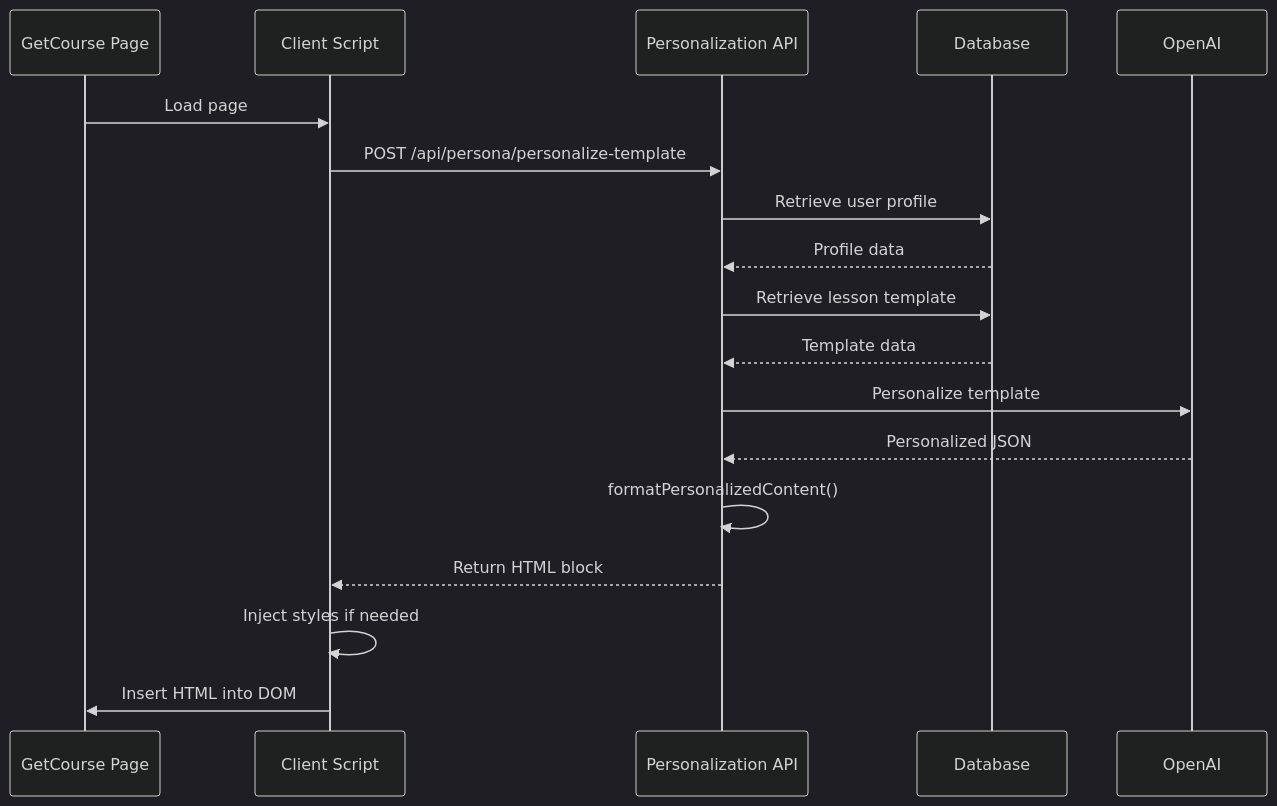
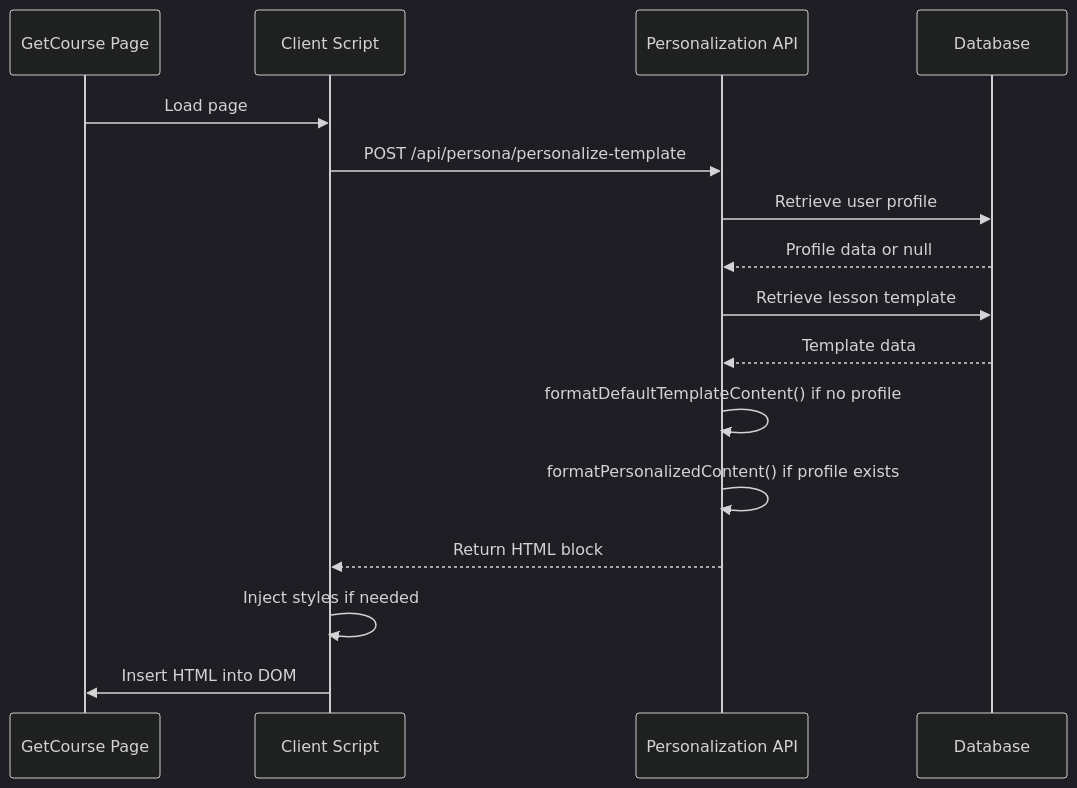
One commit to lommaks777/pesonalisev2 changed the fifth of 5 diagrams in .qoder/repowiki/en/content/Personalization Engine/HTML Output Generation.md. Above: the diagram before and after it, drawn with Mermaid (dark theme). The commit also changed other lines of this file and 16 other files, not shown here.

First line of the commit message:
feat(api): add CORS support and default template fallback for persona endpoints

````diff
--- a/.qoder/repowiki/en/content/Personalization Engine/HTML Output Generation.md
+++ b/.qoder/repowiki/en/content/Personalization Engine/HTML Output Generation.md
@@ -154,19 +217,18 @@
 ```mermaid
 sequenceDiagram
 participant GetCourse as GetCourse Page
 participant Client as Client Script
 participant API as Personalization API
 participant DB as Database
 GetCourse->>Client : Load page
 Client->>API : POST /api/persona/personalize-template
 API->>DB : Retrieve user profile
-DB-->>API : Profile data
+DB-->>API : Profile data or null
 API->>DB : Retrieve lesson template
 DB-->>API : Template data
-API->>OpenAI : Personalize template
-OpenAI-->>API : Personalized JSON
-API->>API : formatPersonalizedContent()
+API->>API : formatDefaultTemplateContent() if no profile
+API->>API : formatPersonalizedContent() if profile exists
 API-->>Client : Return HTML block
 Client->>Client : Inject styles if needed
 Client->>GetCourse : Insert HTML into DOM
 ```
````
